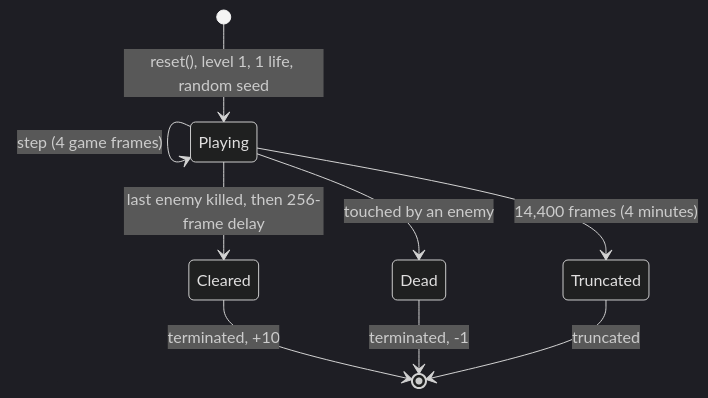
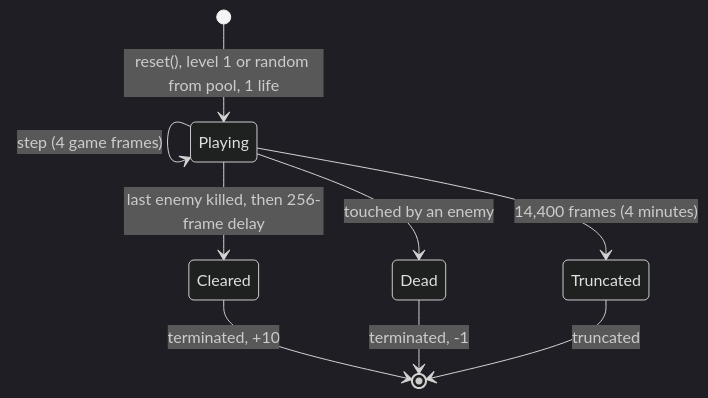
One commit to ScottRLamkin/BubbleBobbleRL changed the fourth of 4 diagrams in docs/training-setup.md. Above: the diagram before and after it, drawn with Mermaid (dark theme). The commit also changed other lines of this file and 6 other files, not shown here.

````diff
--- a/docs/training-setup.md
+++ b/docs/training-setup.md
@@ -66,11 +72,11 @@
 ```mermaid
 stateDiagram-v2
-    [*] --> Playing: reset(), level 1, 1 life, random seed
+    [*] --> Playing: reset(), level 1 or random from pool, 1 life
     Playing --> Playing: step (4 game frames)
     Playing --> Cleared: last enemy killed, then 256-frame delay
     Playing --> Dead: touched by an enemy
     Playing --> Truncated: 14,400 frames (4 minutes)
     Cleared --> [*]: terminated, +10
     Dead --> [*]: terminated, -1
     Truncated --> [*]: truncated
 ```
````
